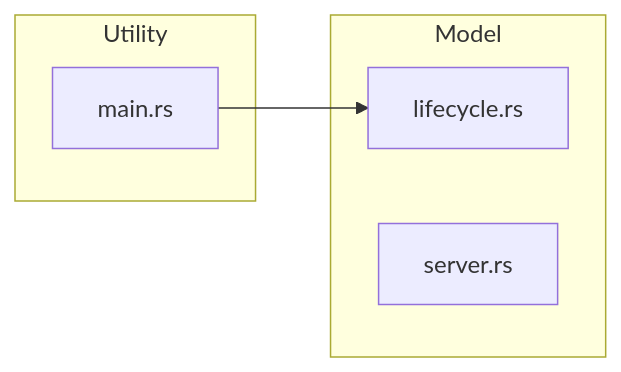
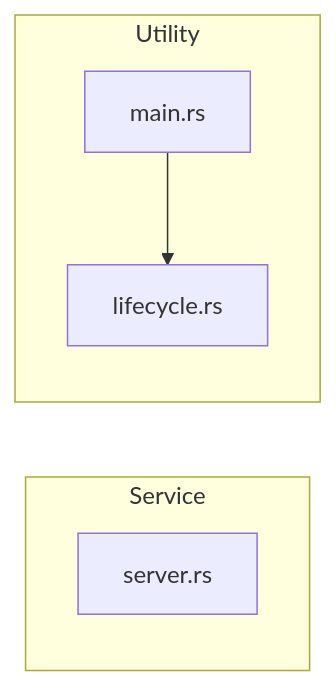
Before and after one commit to Mague/void-stack: the fourth of 8 diagrams in void-stack-analysis.md, drawn with Mermaid. The commit also changed other lines of this file and 7 other files, not shown here.

````diff
--- a/void-stack-analysis.md
+++ b/void-stack-analysis.md
@@ -1571,11 +1330,11 @@
 ```mermaid
 graph LR
-    subgraph model ["Model"]
-        src_lifecycle_rs["lifecycle.rs"]
+    subgraph service ["Service"]
         src_server_rs["server.rs"]
     end
     subgraph utility ["Utility"]
+        src_lifecycle_rs["lifecycle.rs"]
         src_main_rs["main.rs"]
     end
     src_main_rs --> src_lifecycle_rs
 ```
````
